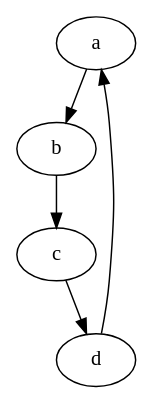
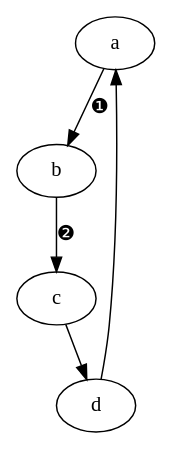
Before and after one commit to rquinio/asciidoctor-maven-demo: the first of 2 diagrams in src/site/asciidoc/diagrams.adoc, drawn with Graphviz. The commit also changed other lines of this file and 4 other files, not shown here.

Commit message:
Simulate callouts on diagrams

```diff
--- a/src/site/asciidoc/diagrams.adoc
+++ b/src/site/asciidoc/diagrams.adoc
@@ -7,9 +7,9 @@
 [graphviz, dot-example, svg]
 ----
 digraph g {
-    a -> b
-    b -> c
+    a -> b [ label="❶" ];
+    b -> c [ label="❷" ];
     c -> d
     d -> a
 }
 ----
```
